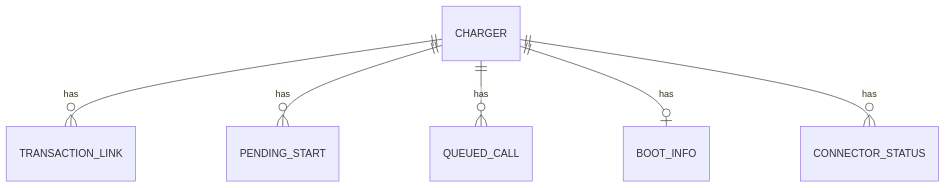
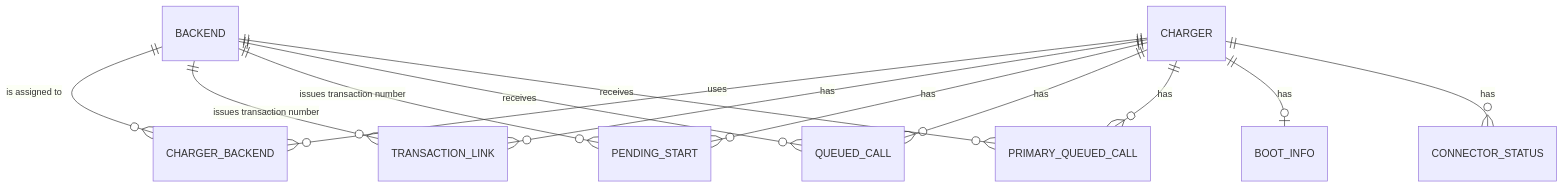
The diagram in docs/entity_model.md (auricgoldfinger/ocpp-2w-proxy), drawn with Mermaid before and after one commit. The commit also changed other lines of this file and 17 other files, not shown here.

````diff
--- a/docs/entity_model.md
+++ b/docs/entity_model.md
@@ -7,8 +7,15 @@
 ```mermaid
 erDiagram
+    CHARGER ||--o{ CHARGER_BACKEND : "uses"
+    BACKEND ||--o{ CHARGER_BACKEND : "is assigned to"
     CHARGER ||--o{ TRANSACTION_LINK : "has"
+    BACKEND ||--o{ TRANSACTION_LINK : "issues transaction number"
     CHARGER ||--o{ PENDING_START : "has"
+    BACKEND ||--o{ PENDING_START : "issues transaction number"
     CHARGER ||--o{ QUEUED_CALL : "has"
+    BACKEND ||--o{ QUEUED_CALL : "receives"
+    CHARGER ||--o{ PRIMARY_QUEUED_CALL : "has"
+    BACKEND ||--o{ PRIMARY_QUEUED_CALL : "receives"
     CHARGER ||--o| BOOT_INFO : "has"
     CHARGER ||--o{ CONNECTOR_STATUS : "has"
 ```
````
